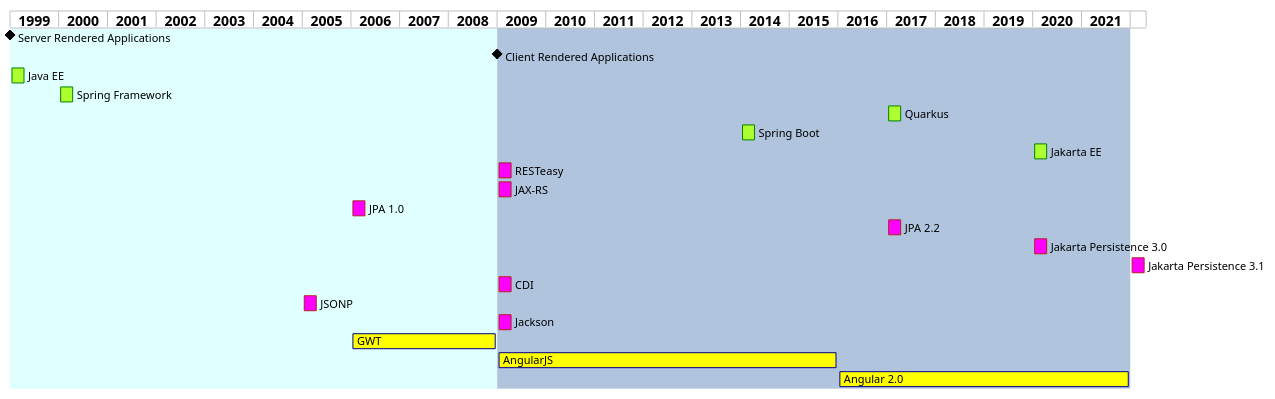
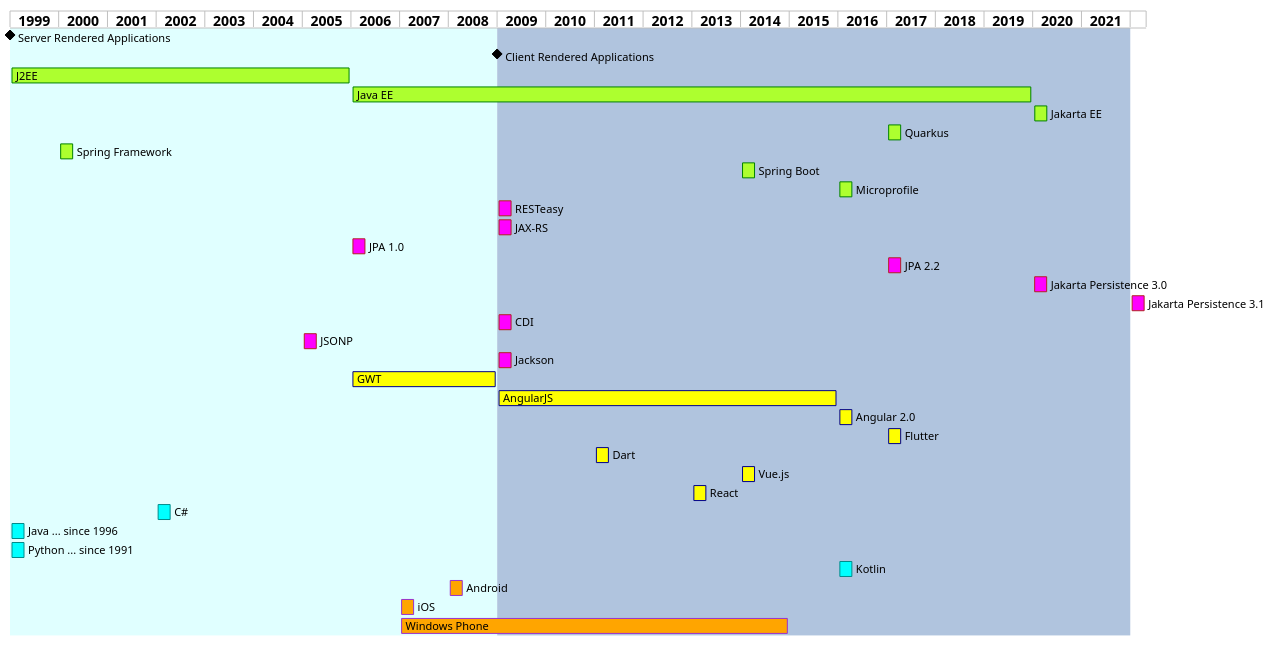
Before and after one commit to Zeno-Paukner/htl: the diagram in iuml/java-app-dev-timeline.iuml, drawn with PlantUML. The commit also changed 3 other files, not shown here.

```diff
--- a/iuml/java-app-dev-timeline.iuml
+++ b/iuml/java-app-dev-timeline.iuml
@@ -1,64 +1,103 @@
 @startgantt
 hide footbox
 
 printscale yearly zoom 0.5
 Project starts 1999-01-01
 1999-01-01 to 2009-01-01 are colored in LightCyan
 2009-01-02 to 2022-01-01 are colored in LightSteelBlue
 
 [Server Rendered Applications] happens on 1999-01-01
 [Client Rendered Applications] happens on 2009-01-01
 
-[Java EE] starts 1999-01-01
+[J2EE] starts 1999-01-01
+[J2EE] is colored in GreenYellow/Green
+[J2EE] ends 2006-01-01
+[Java EE] starts 2006-01-02
 [Java EE] is colored in GreenYellow/Green
-[Java EE] lasts 120 days
+[Java EE] ends 2020-01-01
+[Jakarta EE] starts 2020-01-02
+[Jakarta EE] is colored in GreenYellow/Green
+[Jakarta EE] lasts 120 days
+[Quarkus] starts 2017-01-01
+[Quarkus] is colored in GreenYellow/Green
+[Quarkus] lasts 120 days
 [Spring Framework] starts 2000-01-01
 [Spring Framework] is colored in GreenYellow/Green
 [Spring Framework] lasts 120 days
-[Quarkus] starts 2017-01-01
-[Quarkus] is colored in GreenYellow/Green
-[Quarkus] lasts 120 days
 [Spring Boot] starts 2014-01-01
 [Spring Boot] is colored in GreenYellow/Green
 [Spring Boot] lasts 120 days
-[Jakarta EE] starts 2020-01-01
-[Jakarta EE] is colored in GreenYellow/Green
-[Jakarta EE] lasts 120 days
+[Microprofile] starts 2016-01-01
+[Microprofile] is colored in GreenYellow/Green
+[Microprofile] lasts 120 days
 [RESTeasy] starts 2009-01-01
 [RESTeasy] is colored in Fuchsia/FireBrick
 [RESTeasy] lasts 120 days
 [JAX-RS] starts 2009-01-01
 [JAX-RS] is colored in Fuchsia/FireBrick
 [JAX-RS] lasts 120 days
 [JPA 1.0] starts 2006-01-01
 [JPA 1.0] is colored in Fuchsia/FireBrick
 [JPA 1.0] lasts 120 days
 [JPA 2.2] starts 2017-01-01
 [JPA 2.2] is colored in Fuchsia/FireBrick
 [JPA 2.2] lasts 120 days
 [Jakarta Persistence 3.0] starts 2020-01-01
 [Jakarta Persistence 3.0] is colored in Fuchsia/FireBrick
 [Jakarta Persistence 3.0] lasts 120 days
 [Jakarta Persistence 3.1] starts 2022-01-01
 [Jakarta Persistence 3.1] is colored in Fuchsia/FireBrick
 [Jakarta Persistence 3.1] lasts 120 days
 [CDI] starts 2009-01-01
 [CDI] is colored in Fuchsia/FireBrick
 [CDI] lasts 120 days
 [JSONP] starts 2005-01-01
 [JSONP] is colored in Fuchsia/FireBrick
 [JSONP] lasts 120 days
 [Jackson] starts 2009-01-01
 [Jackson] is colored in Fuchsia/FireBrick
 [GWT] lasts 120 days
 [GWT] starts 2006-01-01
 [GWT] ends 2009-01-01
 [GWT] is colored in Yellow/DarkBlue
 [Jackson] lasts 120 days
 [AngularJS] starts 2009-01-01
 [AngularJS] ends 2016-01-01
 [AngularJS] is colored in Yellow/DarkBlue
 [Angular 2.0] starts 2016-01-01
-[Angular 2.0] ends 2022-01-01
+[Angular 2.0] lasts 120 days
 [Angular 2.0] is colored in Yellow/DarkBlue
+[Flutter] starts 2017-01-01
+[Flutter] lasts 120 days
+[Flutter] is colored in Yellow/DarkBlue
+[Dart] starts 2011-01-01
+[Dart] lasts 120 days
+[Dart] is colored in Yellow/DarkBlue
+[Vue.js] starts 2014-01-01
+[Vue.js] lasts 120 days
+[Vue.js] is colored in Yellow/DarkBlue
+[React] starts 2013-01-01
+[React] lasts 120 days
+[React] is colored in Yellow/DarkBlue
+[C#] starts 2002-01-01
+[C#] lasts 120 days
+[C#] is colored in Cyan/DarkCyan
+[Java ... since 1996] starts 1999-01-01
+[Java ... since 1996] lasts 120 days
+[Java ... since 1996] is colored in Cyan/DarkCyan
+[Python ... since 1991] starts 1999-01-01
+[Python ... since 1991] lasts 120 days
+[Python ... since 1991] is colored in Cyan/DarkCyan
+[Kotlin] starts 2016-01-01
+[Kotlin] lasts 120 days
+[Kotlin] is colored in Cyan/DarkCyan
+[Android] starts 2008-01-01
+[Android] lasts 120 days
+[Android] is colored in Orange/DarkOrchid
+[iOS] starts 2007-01-01
+[iOS] lasts 120 days
+[iOS] is colored in Orange/DarkOrchid
+[Windows Phone] starts 2007-01-01
+[Windows Phone] ends 2015-01-01
+[Windows Phone] is colored in Orange/DarkOrchid
 @endgantt
```
